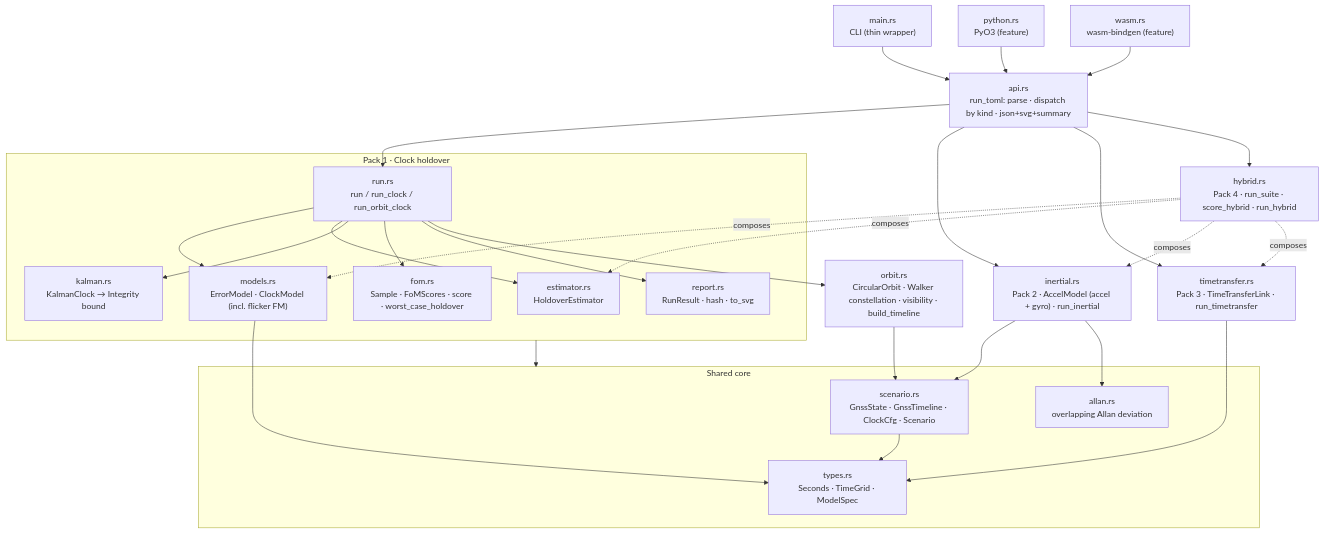
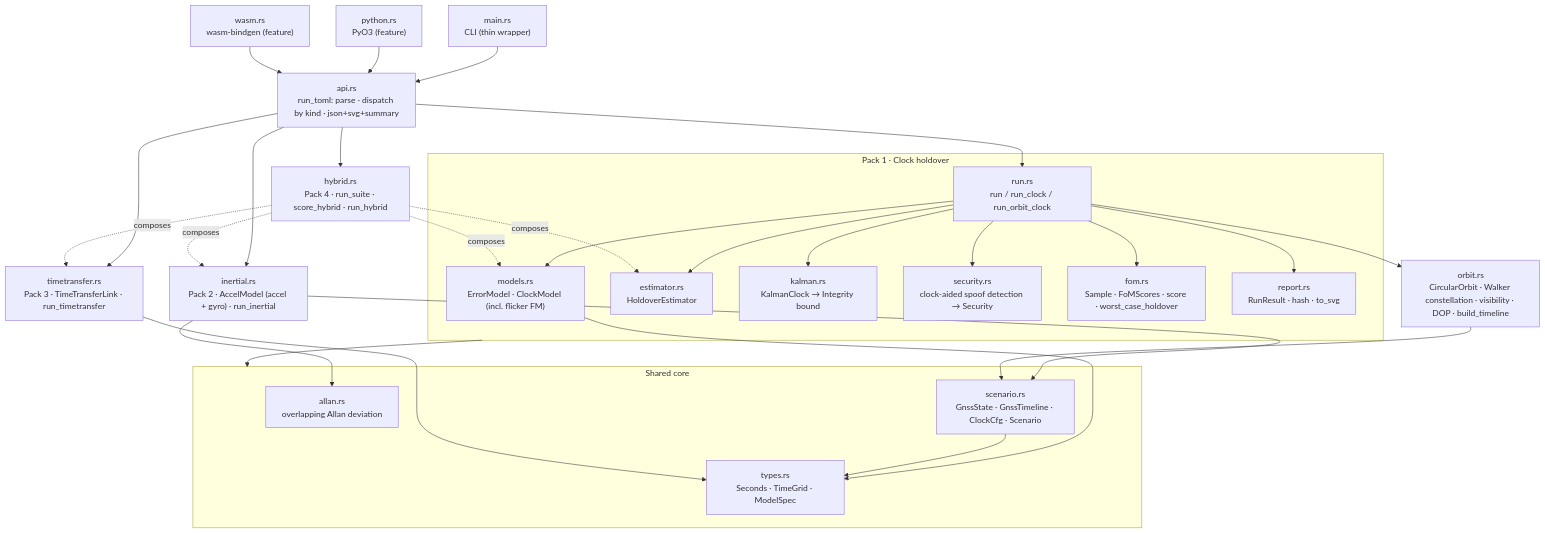
Before and after one commit to ashfordeOU/kshana: the first of 6 diagrams in docs/ARCHITECTURE.md, drawn with Mermaid. The commit also changed other lines of this file and 7 other files, not shown here.

````diff
--- a/docs/ARCHITECTURE.md
+++ b/docs/ARCHITECTURE.md
@@ -16,53 +16,55 @@
 ```mermaid
 flowchart TD
     main["main.rs<br/>CLI (thin wrapper)"]
     py["python.rs<br/>PyO3 (feature)"]
     wasm["wasm.rs<br/>wasm-bindgen (feature)"]
     api["api.rs<br/>run_toml: parse · dispatch by kind · json+svg+summary"]
 
     subgraph shared["Shared core"]
       types["types.rs<br/>Seconds · TimeGrid · ModelSpec"]
       scenario["scenario.rs<br/>GnssState · GnssTimeline · ClockCfg · Scenario"]
       allan["allan.rs<br/>overlapping Allan deviation"]
     end
 
     subgraph pack1["Pack 1 · Clock holdover"]
       models["models.rs<br/>ErrorModel · ClockModel (incl. flicker FM)"]
       estimator["estimator.rs<br/>HoldoverEstimator"]
       kalman["kalman.rs<br/>KalmanClock → Integrity bound"]
+      security["security.rs<br/>clock-aided spoof detection → Security"]
       fom["fom.rs<br/>Sample · FoMScores · score · worst_case_holdover"]
       report["report.rs<br/>RunResult · hash · to_svg"]
       run["run.rs<br/>run / run_clock / run_orbit_clock"]
     end
 
     inertial["inertial.rs<br/>Pack 2 · AccelModel (accel + gyro) · run_inertial"]
     timetransfer["timetransfer.rs<br/>Pack 3 · TimeTransferLink · run_timetransfer"]
     hybrid["hybrid.rs<br/>Pack 4 · run_suite · score_hybrid · run_hybrid"]
-    orbit["orbit.rs<br/>CircularOrbit · Walker constellation · visibility · build_timeline"]
+    orbit["orbit.rs<br/>CircularOrbit · Walker constellation · visibility · DOP · build_timeline"]
 
     main --> api
     py --> api
     wasm --> api
     api --> run
     api --> inertial
     api --> timetransfer
     api --> hybrid
 
     run --> models
     run --> estimator
     run --> kalman
+    run --> security
     run --> fom
     run --> report
     run --> orbit
     models --> types
     scenario --> types
     inertial --> scenario
     timetransfer --> types
     orbit --> scenario
     hybrid -. composes .-> models
     hybrid -. composes .-> estimator
     hybrid -. composes .-> inertial
     hybrid -. composes .-> timetransfer
     pack1 --> shared
     inertial --> allan
 ```
````
